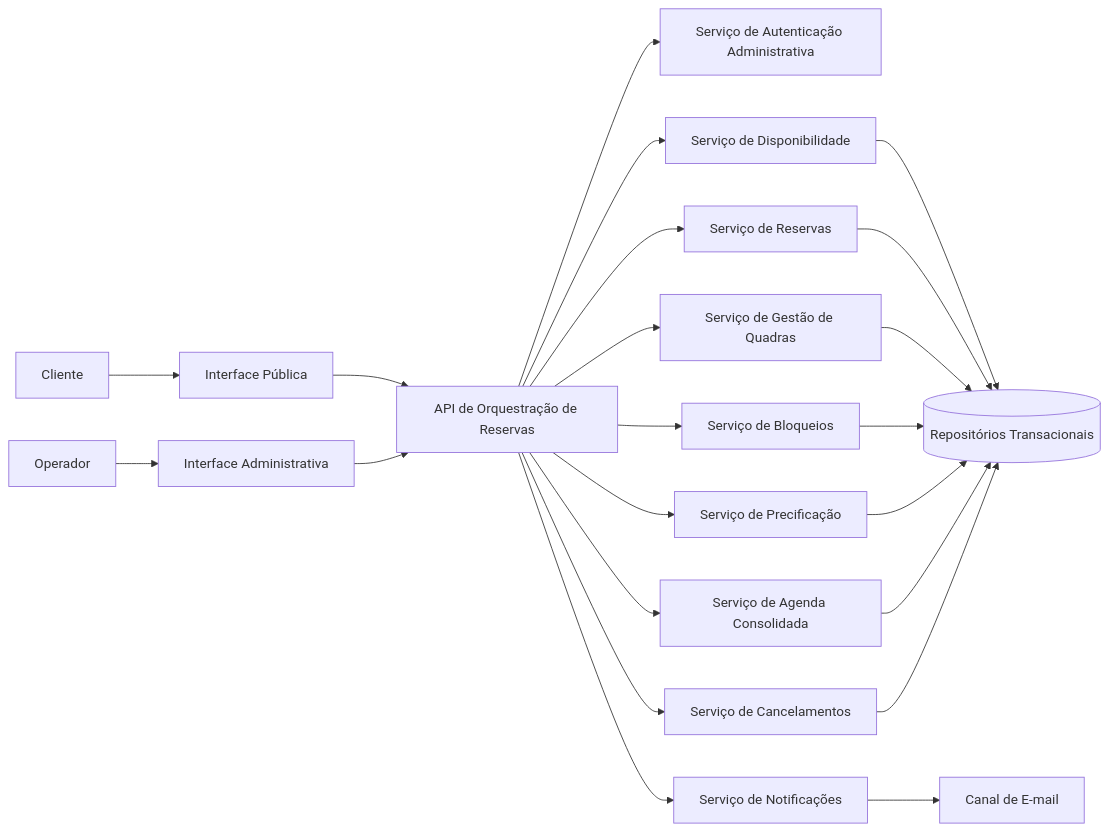
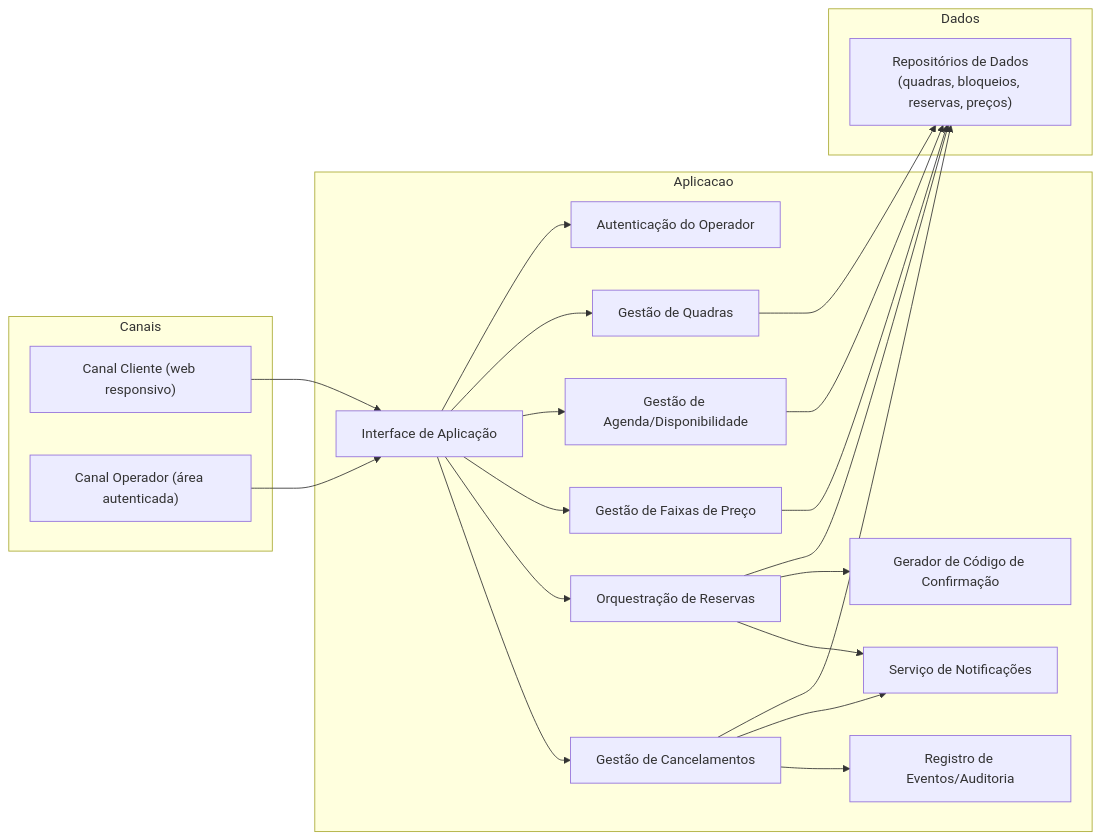
Before and after one commit to PDC-ESIA/AI4ES: the first of 2 diagrams in docs/Time_2_Design/analise-qualitativa/outputs/relatorio_gpt_5_3_codex_P05.md, drawn with Mermaid. The commit also changed other lines of this file and 93 other files, not shown here.

````diff
--- a/docs/Time_2_Design/analise-qualitativa/outputs/relatorio_gpt_5_3_codex_P05.md
+++ b/docs/Time_2_Design/analise-qualitativa/outputs/relatorio_gpt_5_3_codex_P05.md
@@ -33,28 +29,45 @@
 ```mermaid
 flowchart LR
-    C[Cliente] --> PUB[Interface Pública]
-    O[Operador] --> ADM[Interface Administrativa]
+  subgraph Canais
+    ClienteUI["Canal Cliente (web responsivo)"]
+    OperadorUI["Canal Operador (área autenticada)"]
+  end
 
-    PUB --> ORQ[API de Orquestração de Reservas]
-    ADM --> ORQ
+  subgraph Aplicacao
+    API["Interface de Aplicação"]
+    Auth["Autenticação do Operador"]
+    Quadras["Gestão de Quadras"]
+    Agenda["Gestão de Agenda/Disponibilidade"]
+    Precos["Gestão de Faixas de Preço"]
+    Reservas["Orquestração de Reservas"]
+    Cancelamentos["Gestão de Cancelamentos"]
+    Codigos["Gerador de Código de Confirmação"]
+    Notificacoes["Serviço de Notificações"]
+    Auditoria["Registro de Eventos/Auditoria"]
+  end
 
-    ORQ --> AUTH[Serviço de Autenticação Administrativa]
-    ORQ --> DISP[Serviço de Disponibilidade]
-    ORQ --> RESV[Serviço de Reservas]
-    ORQ --> COURT[Serviço de Gestão de Quadras]
-    ORQ --> BLOCK[Serviço de Bloqueios]
-    ORQ --> PRICE[Serviço de Precificação]
-    ORQ --> AGENDA[Serviço de Agenda Consolidada]
-    ORQ --> CANCEL[Serviço de Cancelamentos]
-    ORQ --> NOTIF[Serviço de Notificações]
+  subgraph Dados
+    Repo["Repositórios de Dados\n(quadras, bloqueios, reservas, preços)"]
+  end
 
-    DISP --> REPO[(Repositórios Transacionais)]
-    RESV --> REPO
-    COURT --> REPO
-    BLOCK --> REPO
-    PRICE --> REPO
-    AGENDA --> REPO
-    CANCEL --> REPO
+  ClienteUI --> API
+  OperadorUI --> API
 
-    NOTIF --> MAIL[Canal de E-mail]
+  API --> Auth
+  API --> Quadras
+  API --> Agenda
+  API --> Precos
+  API --> Reservas
+  API --> Cancelamentos
+
+  Quadras --> Repo
+  Agenda --> Repo
+  Precos --> Repo
+  Reservas --> Repo
+  Cancelamentos --> Repo
+
+  Reservas --> Codigos
+  Reservas --> Notificacoes
+  Cancelamentos --> Notificacoes
+  Cancelamentos --> Auditoria
 ```
````
